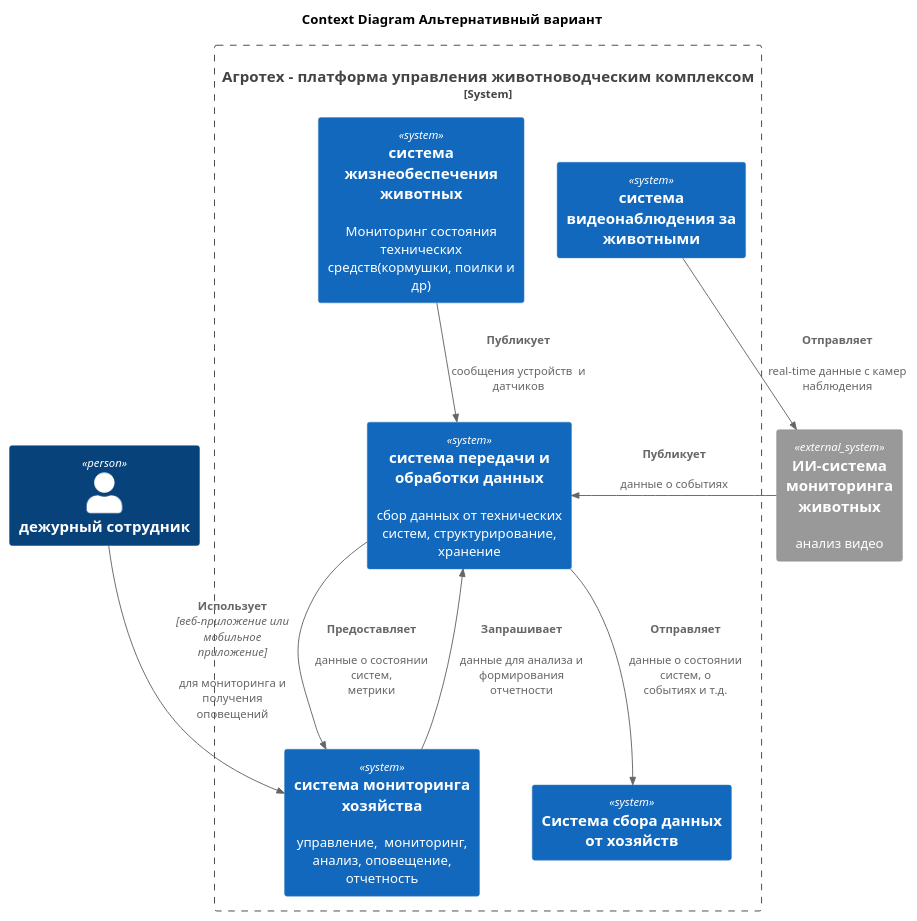
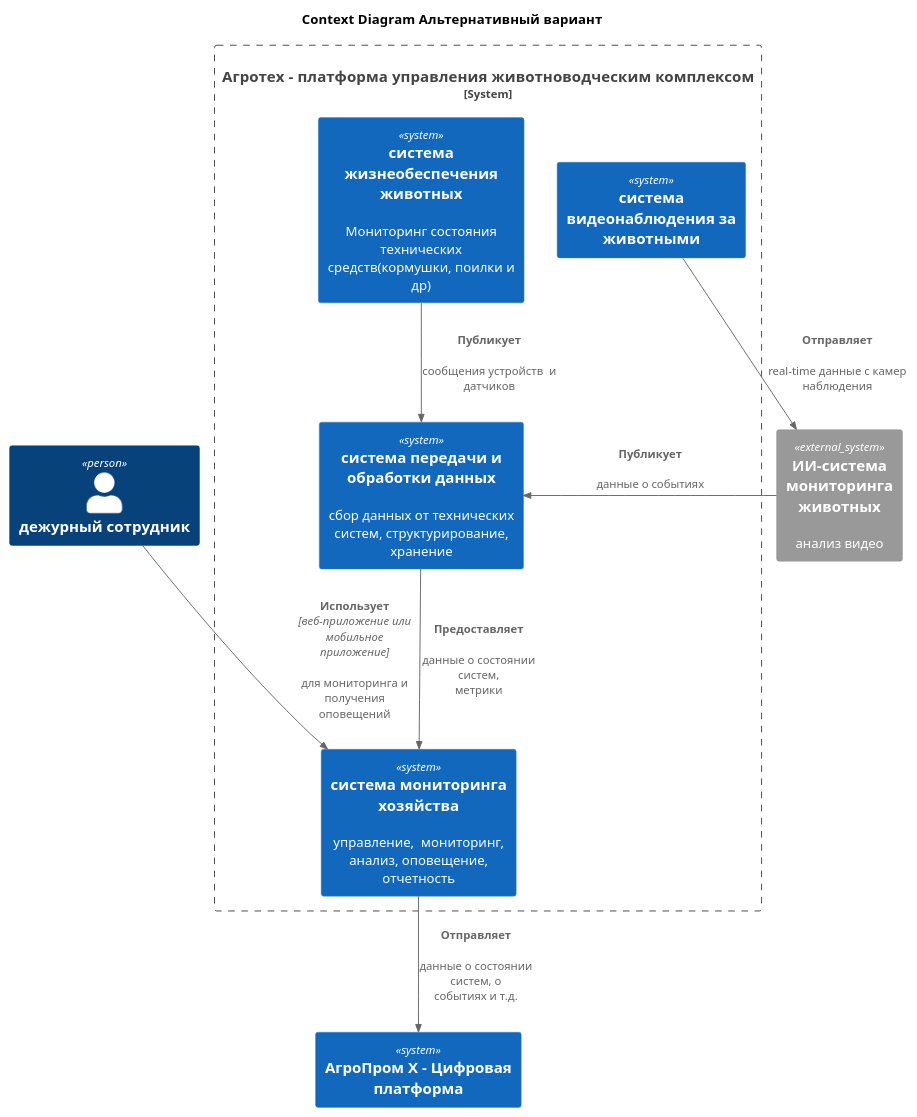
One commit to Bessolitsyn/MSA-AgroTech changed the diagram in TASK1/agrotech_v2_С1.puml. Above: the diagram before and after it, drawn with PlantUML. The commit also changed 9 other files, not shown here.

```diff
--- a/TASK1/agrotech_v2_С1.puml
+++ b/TASK1/agrotech_v2_С1.puml
@@ -1,61 +1,60 @@
-@startuml агро_V2
+@startuml агро_V2_С1
 !include https://raw.githubusercontent.com/plantuml-stdlib/C4-PlantUML/master/C4_Context.puml
 title "Context Diagram  Альтернативный вариант"
 'title "Платформа управления животноводческим комплексом"
 Person(сотрудник, "дежурный сотрудник")
 
 System_Boundary(платформа, "Агротех  - платформа управления животноводческим комплексом") {
     ''Нефункциональные требования
     ''обеспечивать достаточно высокую отказоустойчивость 99,95%;
     ''быть расширяемой, то есть иметь возможность разработать новый функционал без изменений существующего;
     ''иметь высокую производительность — от момента возникновения нештатной ситуации, зафиксированной с помощью видеоаналитики, должно проходить не более 5 секунд до момента оповещения;
     ''позволять системе видеоаналитики реагировать в реальном времени (миллисекунды).    
     
     System(databus, "система передачи и обработки данных", "сбор данных от технических систем, структурирование, хранение ")
     
     System(цуп, "система мониторинга хозяйства", "управление,  мониторинг, анализ, оповещение, отчетность")
     '{
         'работать даже в случае отсутствия интернета и при необходимости отправлиять уведомления дежурному сотруднику на местах мониторинга, а после восстановления связи синхронизироваться с центральной системой;
         'иметь разделение ролей и поддерживать современные способы аутентификации и авторизации;
         'иметь API для создания мобильного приложения или веб-приложения.
         'предоставлять базовые метрики для передачи в другие системы;
         'поддерживать возможность добавления собственных метрик;
 
     '}
     System(животноводство,"система жизнеобеспечения животных", "Мониторинг состояния технических средств(кормушки, поилки и др)")
     '{
         'управлять кормушками и поилками разных производителей;
         'следить за состоянием систем фильтрации воды;
 
     '}   
     System(видео,"система видеонаблюдения за животными", "") 
     '{
         'поддерживать необходимое количество видеокамер для аналитики в реальном времени от разных производителей;
     '}       
     
     
-    System(collector, "Система сбора данных от хозяйств")
 }
+    System(платформаX, "АгроПром Х - Цифровая платформа")
     System_Ext(ai, "ИИ-система мониторинга животных", "анализ видео") 
     'Готовую нейросетевую модель предоставят партнёры.
     '{ 
         'фиксировать признаки беспокойного поведения или драк среди животных и оповещать оператора;
         'фиксировать признаки задавливания поросят;
         'оценивать состояние животных по внешнему виду и поведению: болезнь, гибель, беспокойство и так далее;
         'пересчитывать поголовье;
         'делать пересчёт животных;
     '}
     
 
 
 
 Rel(видео, ai, "Отправляет", "", "real-time данные с камер наблюдения") 
 Rel(ai, databus, "Публикует", "", "данные о событиях")
 Rel(сотрудник, цуп, "Использует", "веб-приложение или мобильное приложение", "для мониторинга и получения оповещений")
 Rel(databus, цуп, "Предоставляет", "", "данные о состоянии систем, метрики") 
-Rel(цуп,databus, "Запрашивает", "", "данные для анализа и формирования отчетности") 
 Rel(животноводство, databus, "Публикует", "", "сообщения устройств  и датчиков") 
-Rel(databus, collector, "Отправляет","","данные о состоянии систем, о событиях и т.д.")
+Rel(цуп, платформаX, "Отправляет","","данные о состоянии систем, о событиях и т.д.")
 
 
 @enduml
```
